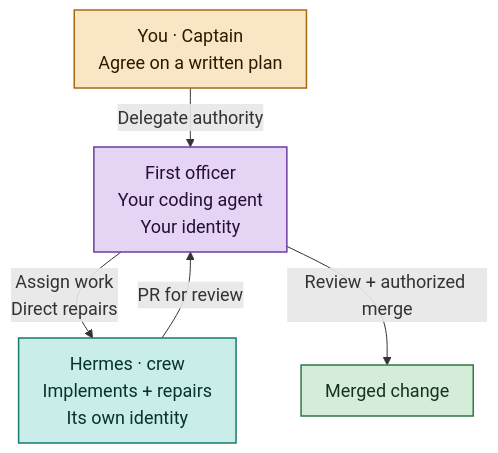
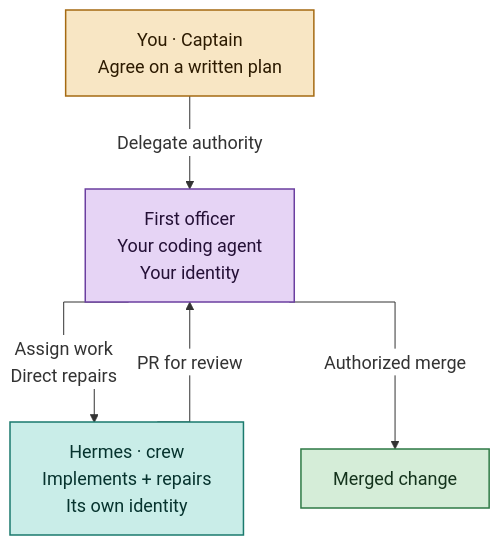
The diagram in diagrams/delegation-and-identity.mmd (MachineWisdomAI/hermes-helmet), drawn with Mermaid before and after one commit. The commit also changed 4 other files, not shown here.

Commit message:
docs: separate diagram labels from arrow paths

```diff
--- a/diagrams/delegation-and-identity.mmd
+++ b/diagrams/delegation-and-identity.mmd
@@ -1,16 +1,16 @@
-%%{init: {"flowchart": {"rankSpacing": 32, "nodeSpacing": 26, "padding": 12, "subGraphTitleMargin": {"top": 6, "bottom": 16}}, "themeVariables": {"fontSize": "18px"}}}%%
+%%{init: {"flowchart": {"rankSpacing": 66, "nodeSpacing": 56, "padding": 16, "curve": "stepAfter"}, "themeVariables": {"fontSize": "18px", "edgeLabelBackground": "#FFFFFF"}, "themeCSS": ".edgeLabel rect { opacity: 1 !important; fill: #FFFFFF !important; }"}}%%
 flowchart TB
   classDef captain fill:#F8E6C4,stroke:#A56A12,color:#2C1A00,stroke-width:1.5px
   classDef officer fill:#E6D4F5,stroke:#6B3FA0,color:#241036,stroke-width:1.5px
   classDef hermes fill:#C9EDE8,stroke:#1A7A6D,color:#06332E,stroke-width:1.5px
   classDef result fill:#D5EDD8,stroke:#2E7A45,color:#14331C,stroke-width:1.5px
   classDef store fill:#F1F5F9,stroke:#64748B,color:#172B32,stroke-width:1.5px
 
   CAP["You · Captain<br/>Agree on a written plan"]:::captain
   FO["First officer<br/>Your coding agent<br/>Your identity"]:::officer
   HERMES["Hermes · crew<br/>Implements + repairs<br/>Its own identity"]:::hermes
   DONE["Merged change"]:::result
   CAP -->|"Delegate authority"| FO
   FO -->|"Assign work<br/>Direct repairs"| HERMES
   HERMES -->|"PR for review"| FO
-  FO -->|"Review + authorized merge"| DONE
+  FO -->|"Authorized merge"| DONE
```
